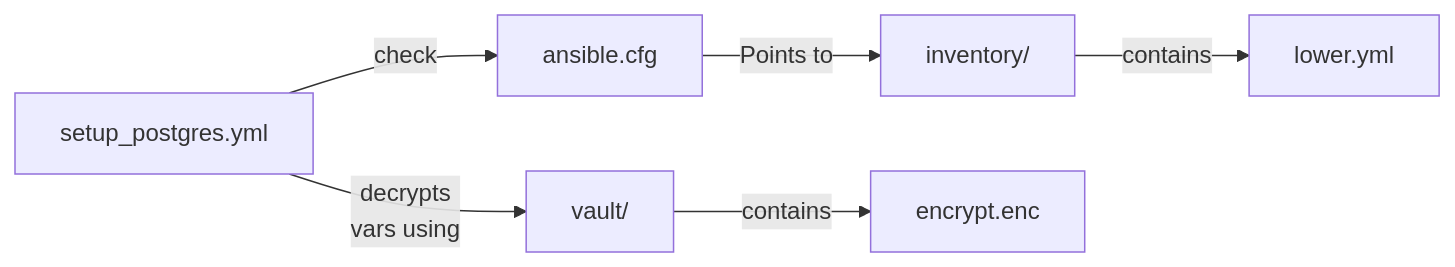
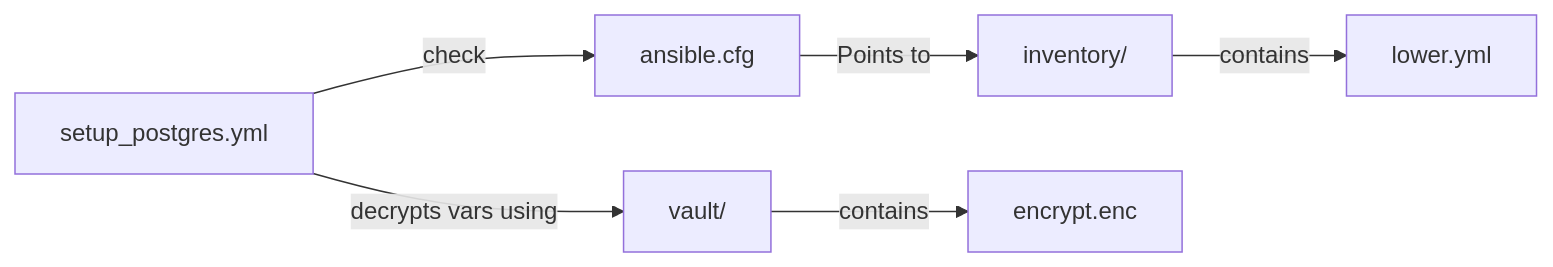
One commit to schin8/ansible changed the diagram in docs/databases/Database_Postgres.md. Above: the diagram before and after it, drawn with Mermaid.

Commit message:
github Markdown doesn't handle newline in mermaid

````diff
--- a/docs/databases/Database_Postgres.md
+++ b/docs/databases/Database_Postgres.md
@@ -21,9 +21,9 @@
 ```mermaid
 graph LR
     A[setup_postgres.yml] -->|check| B[ansible.cfg]
     B -->|Points to| C[inventory/]
     C -->|contains| C1[lower.yml]
-    A -->|decrypts\nvars using| D[vault/]
+    A -->|decrypts vars using| D[vault/]
     D  -->|contains| D1[encrypt.enc]
 
 ```
````
